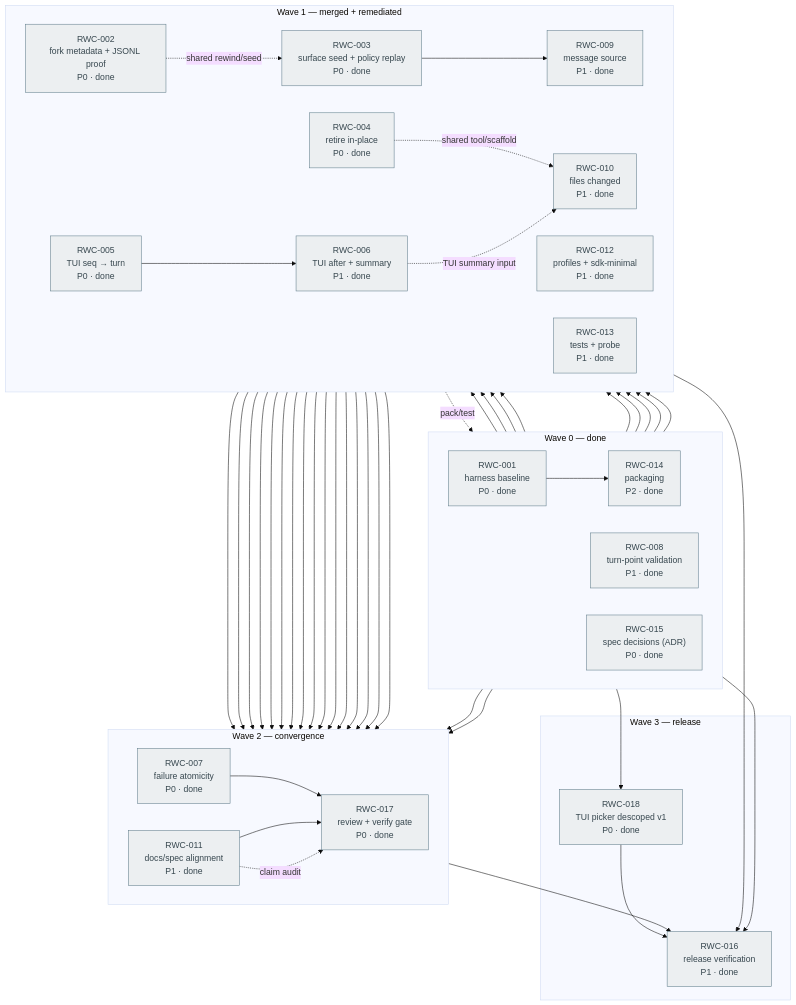
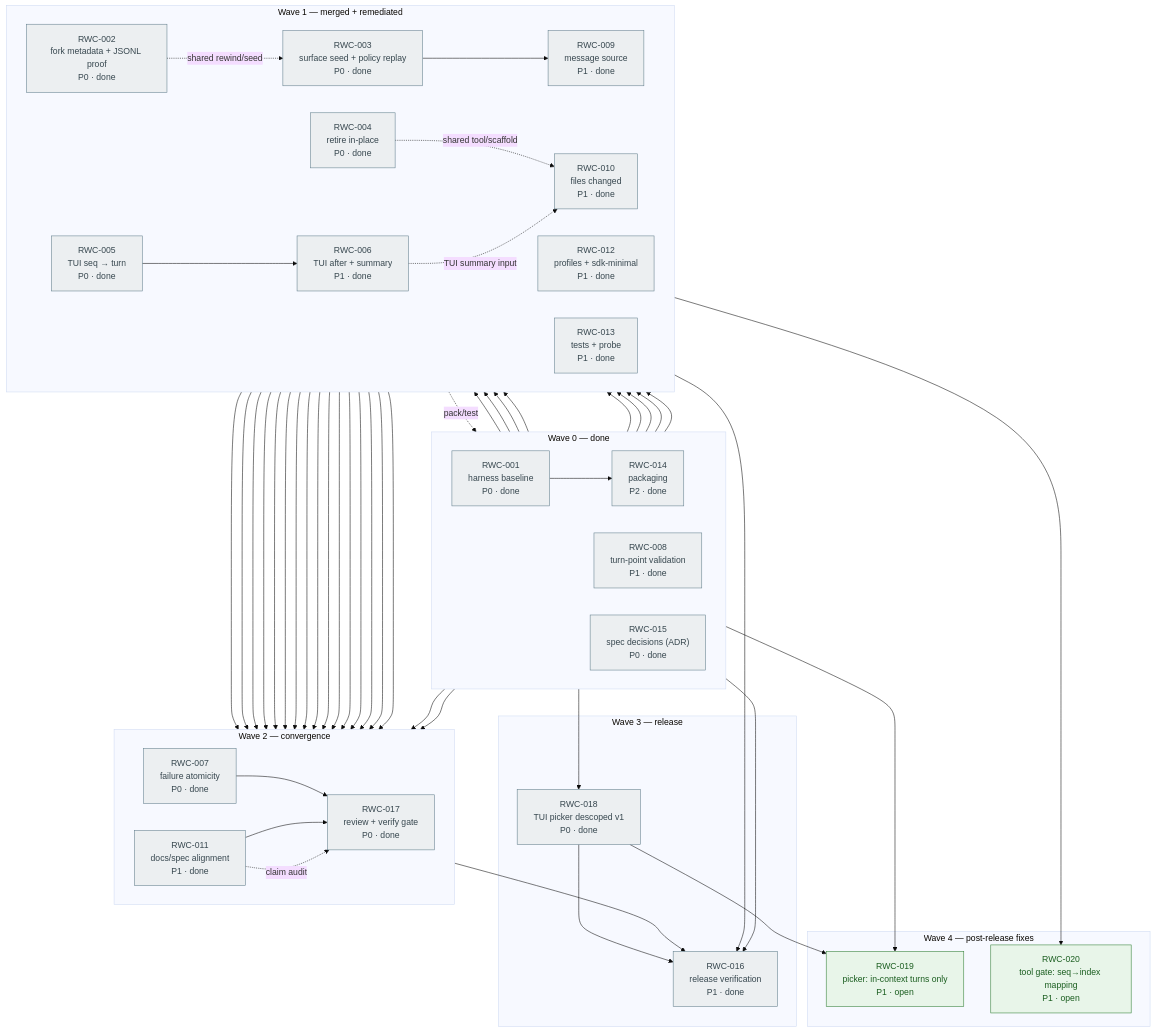
Before and after one commit to shayanrc/dsh-rewind-compact: the diagram in docs/tickets/dependencies.mmd, drawn with Mermaid (base theme). The commit also changed 5 other files, not shown here.

Commit message:
Spec: picker lists only in-context turns; file RWC-019/020

```diff
--- a/docs/tickets/dependencies.mmd
+++ b/docs/tickets/dependencies.mmd
@@ -1,96 +1,104 @@
 %% rewind-compact ticket dependency graph (2026-10-27, post-review)
 %% Solid arrow = hard prerequisite. Dotted arrow = coordination / shared files.
 %% Green = open/in-progress, orange = blocked, blue = decision, grey = done.
 %% RWC-017 is green: every changed ticket passed independent review + verify.
 %% RWC-016 is the remaining release gate.
 flowchart TB
   classDef open fill:#E8F5E9,stroke:#2E7D32,color:#1B5E20
   classDef progress fill:#FFFDE7,stroke:#F9A825,color:#795548
   classDef blocked fill:#FFF3E0,stroke:#E65100,color:#BF360C
   classDef decision fill:#E3F2FD,stroke:#1565C0,color:#0D47A1
   classDef continuous fill:#F3E5F5,stroke:#6A1B9A,color:#4A148C,stroke-dasharray: 4 2
   classDef done fill:#ECEFF1,stroke:#607D8B,color:#37474F
 
   subgraph w0["Wave 0 — done"]
     direction LR
     t001["RWC-001<br/>harness baseline<br/>P0 · done"]:::done
     t008["RWC-008<br/>turn-point validation<br/>P1 · done"]:::done
     t015["RWC-015<br/>spec decisions (ADR)<br/>P0 · done"]:::done
     t014["RWC-014<br/>packaging<br/>P2 · done"]:::done
   end
 
   subgraph w1["Wave 1 — merged + remediated"]
     direction LR
     t002["RWC-002<br/>fork metadata + JSONL proof<br/>P0 · done"]:::done
     t003["RWC-003<br/>surface seed + policy replay<br/>P0 · done"]:::done
     t004["RWC-004<br/>retire in-place<br/>P0 · done"]:::done
     t005["RWC-005<br/>TUI seq → turn<br/>P0 · done"]:::done
     t006["RWC-006<br/>TUI after + summary<br/>P1 · done"]:::done
     t009["RWC-009<br/>message source<br/>P1 · done"]:::done
     t010["RWC-010<br/>files changed<br/>P1 · done"]:::done
     t012["RWC-012<br/>profiles + sdk-minimal<br/>P1 · done"]:::done
     t013["RWC-013<br/>tests + probe<br/>P1 · done"]:::done
   end
 
   subgraph w2["Wave 2 — convergence"]
     direction LR
     t007["RWC-007<br/>failure atomicity<br/>P0 · done"]:::done
     t011["RWC-011<br/>docs/spec alignment<br/>P1 · done"]:::done
     t017["RWC-017<br/>review + verify gate<br/>P0 · done"]:::done
   end
 
   subgraph w3["Wave 3 — release"]
     t018["RWC-018<br/>TUI picker descoped v1<br/>P0 · done"]:::done
     t016["RWC-016<br/>release verification<br/>P1 · done"]:::done
   end
 
+  subgraph w4["Wave 4 — post-release fixes"]
+    t019["RWC-019<br/>picker: in-context turns only<br/>P1 · open"]:::open
+    t020["RWC-020<br/>tool gate: seq→index mapping<br/>P1 · open"]:::open
+  end
+
   %% hard prerequisites
   t001 --> t002
   t001 --> t003
   t001 --> t004
   t001 --> t005
   t001 --> t010
   t001 --> t012
   t001 --> t013
   t001 --> t014
 
   t015 --> t004
   t015 --> t006
   t015 --> t011
 
   t005 --> t006
   t003 --> t009
   t004 --> t007
   t006 --> t007
 
   t002 --> t011
   t003 --> t011
   t004 --> t011
   t005 --> t011
   t006 --> t011
 
   t002 --> t017
   t003 --> t017
   t004 --> t017
   t005 --> t017
   t006 --> t017
   t007 --> t017
   t009 --> t017
   t010 --> t017
   t011 --> t017
   t012 --> t017
   t013 --> t017
   t014 --> t017
 
   t013 --> t016
   t014 --> t016
   t015 --> t018
   t018 --> t016
   t017 --> t016
+  t008 --> t019
+  t018 --> t019
+  t013 --> t020
 
   %% coordination / shared files (no precedence implied)
   t002 -.->|shared rewind/seed| t003
   t004 -.->|shared tool/scaffold| t010
   t006 -.->|TUI summary input| t010
   t013 -.->|pack/test| t014
   t011 -.->|claim audit| t017
```
